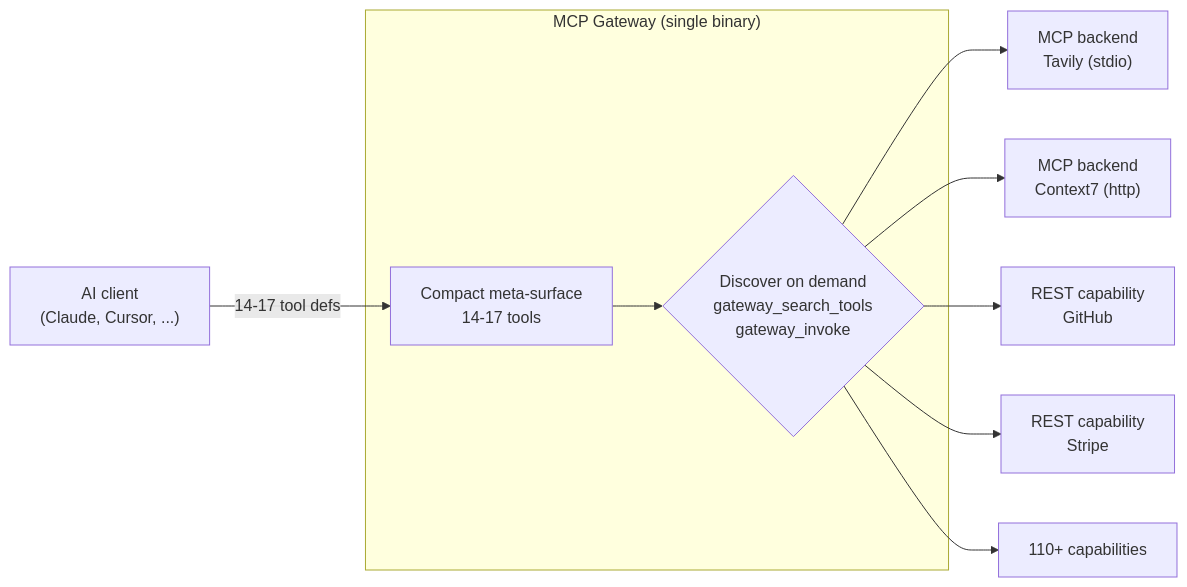
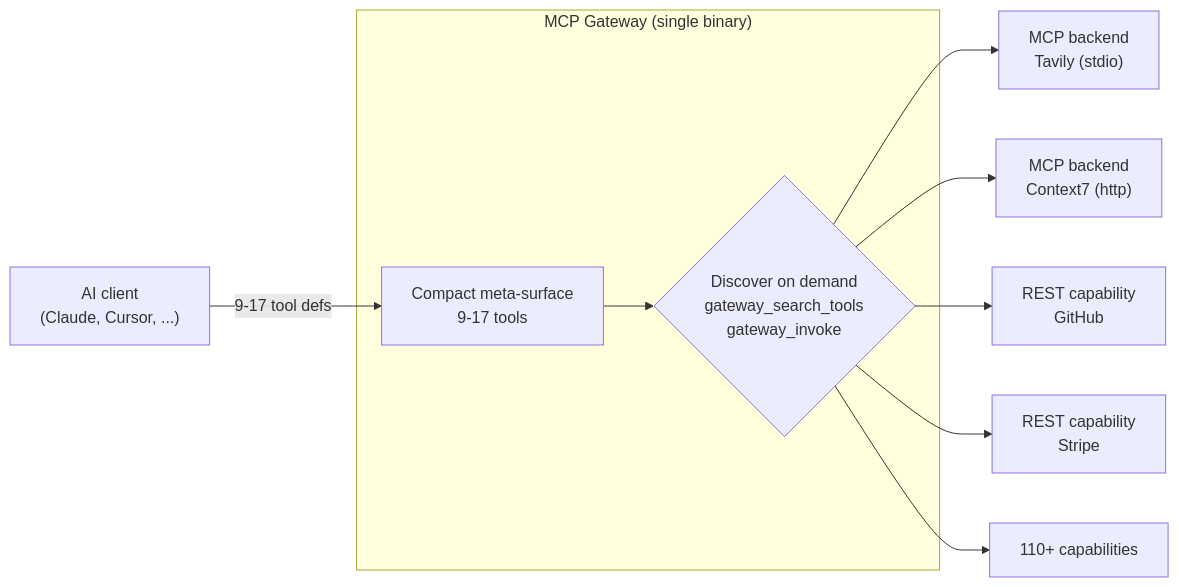
One commit to MikkoParkkola/mcp-gateway changed the first of 2 diagrams in README.md. Above: the diagram before and after it, drawn with Mermaid. The commit also changed other lines of this file and 224 other files, not shown here.

First line of the commit message:
feat(meta-mcp): compact the meta-tool surface and relocate internal docs

````diff
--- a/README.md
+++ b/README.md
@@ -33,21 +33,21 @@
 ```mermaid
 flowchart LR
     AI["AI client<br/>(Claude, Cursor, ...)"]
     subgraph GW["MCP Gateway (single binary)"]
-        META["Compact meta-surface<br/>14-17 tools"]
+        META["Compact meta-surface<br/>9-17 tools"]
         DISC{"Discover on demand<br/>gateway_search_tools<br/>gateway_invoke"}
     end
     T1["MCP backend<br/>Tavily (stdio)"]
     T2["MCP backend<br/>Context7 (http)"]
     C1["REST capability<br/>GitHub"]
     C2["REST capability<br/>Stripe"]
     Cn["110+ capabilities"]
 
-    AI -->|"14-17 tool defs"| META
+    AI -->|"9-17 tool defs"| META
     META --> DISC
     DISC --> T1
     DISC --> T2
     DISC --> C1
     DISC --> C2
     DISC --> Cn
 ```
````
